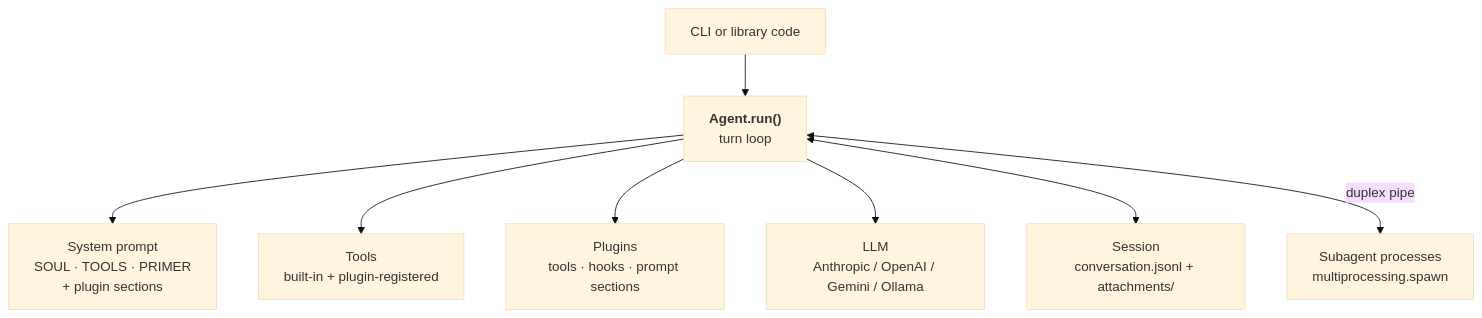
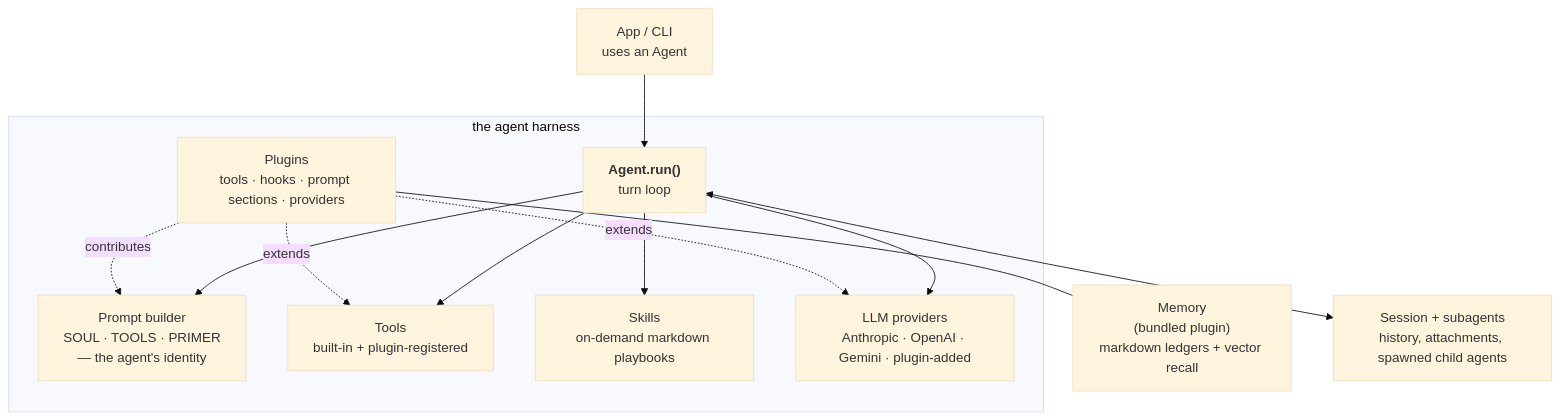
One commit to derekwisong/pyagent changed the first of 3 diagrams in docs/architecture.md. Above: the diagram before and after it, drawn with Mermaid (base theme). The commit also changed other lines of this file, not shown here.

Commit message:
docs: simplify architecture system-overview diagram
Collapse the system-overview chart from 13 boxes to 9: group the
turn loop, prompt builder, tools, skills, plugins, and LLM providers
into a labeled 'agent harness' subgraph, draw plugins as a
cross-cutting extension seam, and promote memory + session/subagents
to their own boxes. Fix Ollama mislabel (plugin provider, not
built-in). Rewrite the Notes so every box has a one-line gloss.

````diff
--- a/docs/architecture.md
+++ b/docs/architecture.md
@@ -7,19 +7,28 @@
 ```mermaid
 flowchart TB
-    CLI[CLI or library code]
-    AGENT["<b>Agent.run()</b><br/>turn loop"]
-    PROMPT["System prompt<br/>SOUL · TOOLS · PRIMER<br/>+ plugin sections"]
-    TOOLS["Tools<br/>built-in + plugin-registered"]
-    PLUGINS["Plugins<br/>tools · hooks · prompt sections"]
-    LLM["LLM<br/>Anthropic / OpenAI / Gemini / Ollama"]
-    SESSION["Session<br/>conversation.jsonl + attachments/"]
-    SUB["Subagent processes<br/>multiprocessing.spawn"]
+    APP["App / CLI<br/>uses an Agent"]
 
-    CLI --> AGENT
-    AGENT --> PROMPT
-    AGENT --> TOOLS
-    AGENT --> PLUGINS
-    AGENT --> LLM
-    AGENT <--> SESSION
-    AGENT <-->|duplex pipe| SUB
+    subgraph HARNESS["the agent harness"]
+        AGENT["<b>Agent.run()</b><br/>turn loop"]
+        PROMPT["Prompt builder<br/>SOUL · TOOLS · PRIMER<br/>— the agent's identity"]
+        TOOLS["Tools<br/>built-in + plugin-registered"]
+        SKILLS["Skills<br/>on-demand markdown playbooks"]
+        PLUGINS["Plugins<br/>tools · hooks · prompt sections · providers"]
+        LLM["LLM providers<br/>Anthropic · OpenAI · Gemini · plugin-added"]
+
+        AGENT --> PROMPT
+        AGENT --> TOOLS
+        AGENT --> SKILLS
+        AGENT --> LLM
+        PLUGINS -.extends.-> TOOLS
+        PLUGINS -.extends.-> LLM
+        PLUGINS -.contributes.-> PROMPT
+    end
+
+    MEMORY["Memory<br/>(bundled plugin)<br/>markdown ledgers + vector recall"]
+    RUNTIME["Session + subagents<br/>history, attachments, spawned child agents"]
+
+    APP --> AGENT
+    PLUGINS --- MEMORY
+    AGENT <--> RUNTIME
 ```
````
